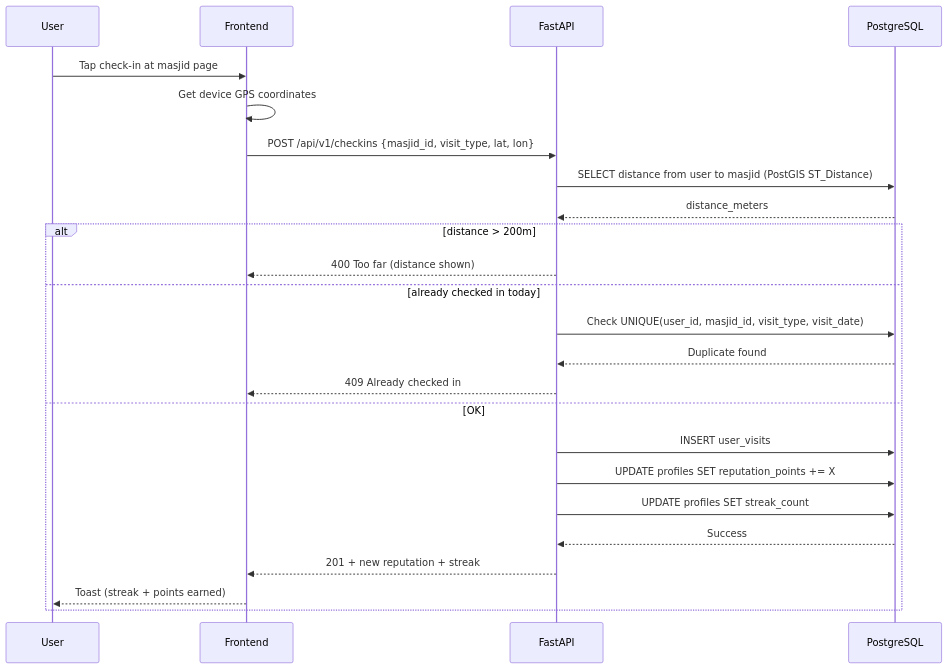
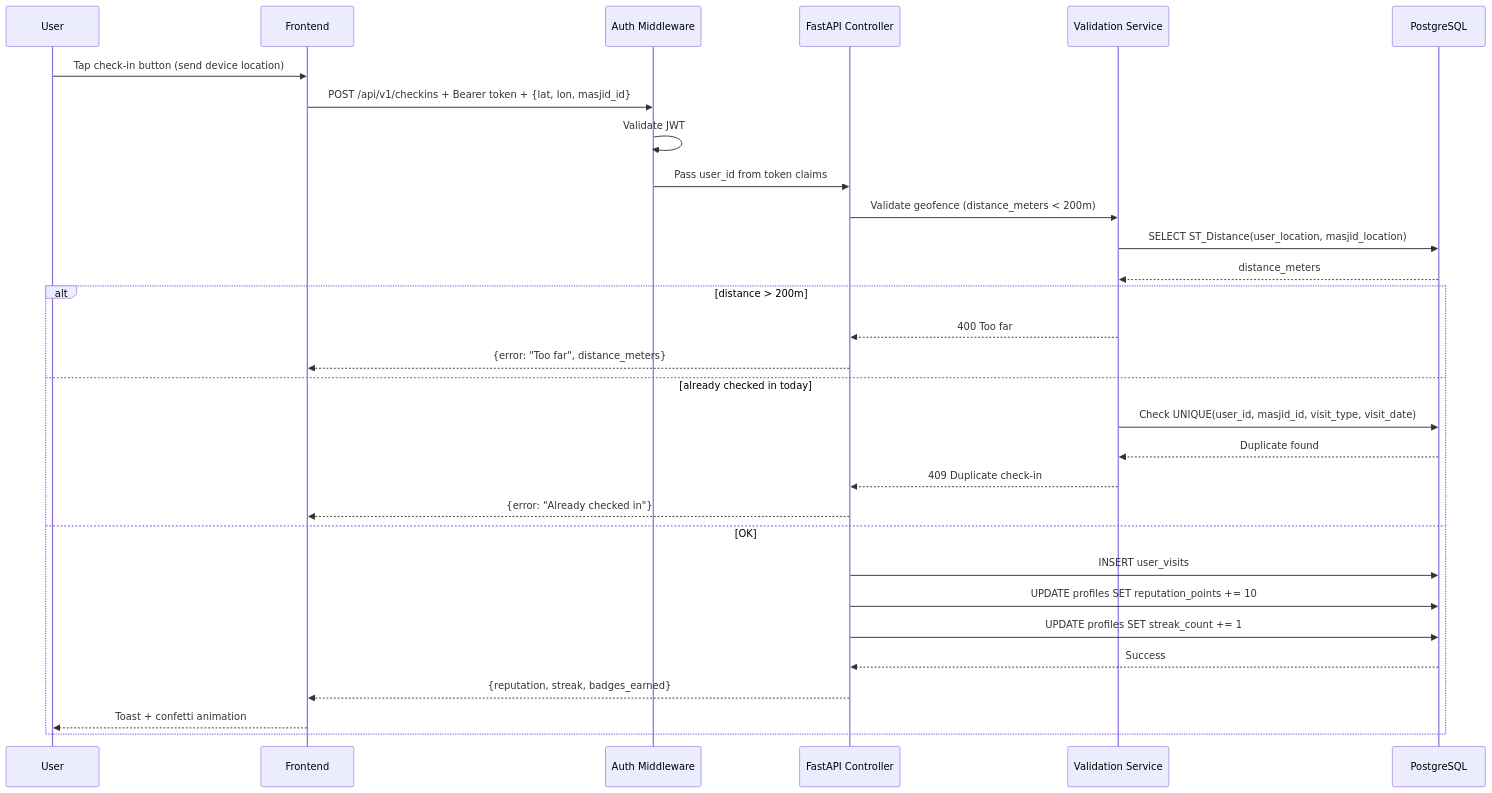
One commit to snsyaqirah/SinggahLuhh changed diagram 12 of 18 in README.md. Above: the diagram before and after it, drawn with Mermaid. The commit also changed other lines of this file, not shown here.

Commit message:
Implement feature X to enhance user experience and fix bug Y in module Z

````diff
--- a/README.md
+++ b/README.md
@@ -704,29 +812,35 @@
 ```mermaid
 sequenceDiagram
     participant U as User
     participant FE as Frontend
-    participant API as FastAPI
+    participant MW as Auth Middleware
+    participant API as FastAPI Controller
+    participant VAL as Validation Service
     participant DB as PostgreSQL
 
-    U->>FE: Tap check-in at masjid page
-    FE->>FE: Get device GPS coordinates
-    FE->>API: POST /api/v1/checkins {masjid_id, visit_type, lat, lon}
-
-    API->>DB: SELECT distance from user to masjid (PostGIS ST_Distance)
-    DB-->>API: distance_meters
-
+    U->>FE: Tap check-in button (send device location)
+    FE->>MW: POST /api/v1/checkins + Bearer token + {lat, lon, masjid_id}
+    MW->>MW: Validate JWT
+    MW->>API: Pass user_id from token claims
+    
+    API->>VAL: Validate geofence (distance_meters < 200m)
+    VAL->>DB: SELECT ST_Distance(user_location, masjid_location)
+    DB-->>VAL: distance_meters
+    
     alt distance > 200m
-        API-->>FE: 400 Too far (distance shown)
+        VAL-->>API: 400 Too far
+        API-->>FE: {error: "Too far", distance_meters}
     else already checked in today
-        API->>DB: Check UNIQUE(user_id, masjid_id, visit_type, visit_date)
-        DB-->>API: Duplicate found
-        API-->>FE: 409 Already checked in
+        VAL->>DB: Check UNIQUE(user_id, masjid_id, visit_type, visit_date)
+        DB-->>VAL: Duplicate found
+        VAL-->>API: 409 Duplicate check-in
+        API-->>FE: {error: "Already checked in"}
     else OK
         API->>DB: INSERT user_visits
-        API->>DB: UPDATE profiles SET reputation_points += X
-        API->>DB: UPDATE profiles SET streak_count
+        API->>DB: UPDATE profiles SET reputation_points += 10
+        API->>DB: UPDATE profiles SET streak_count += 1
         DB-->>API: Success
-        API-->>FE: 201 + new reputation + streak
-        FE-->>U: Toast (streak + points earned)
+        API-->>FE: {reputation, streak, badges_earned}
+        FE-->>U: Toast + confetti animation
     end
 ```
````
